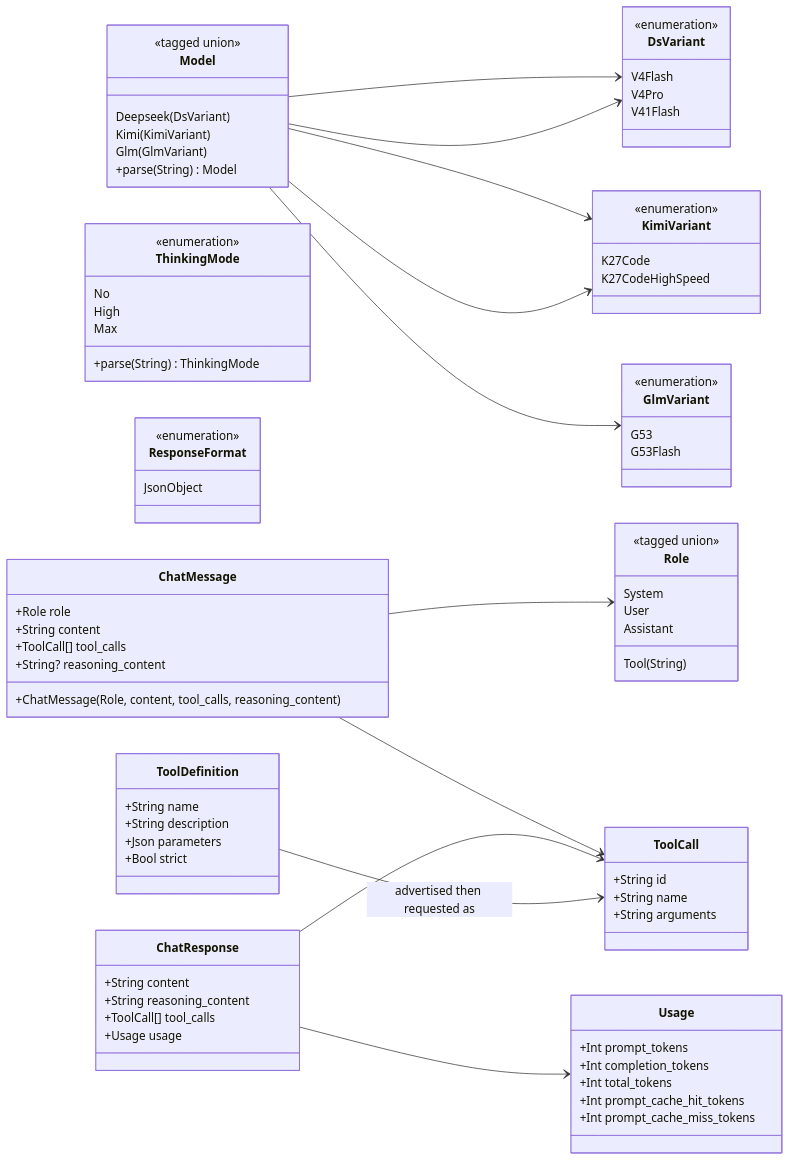
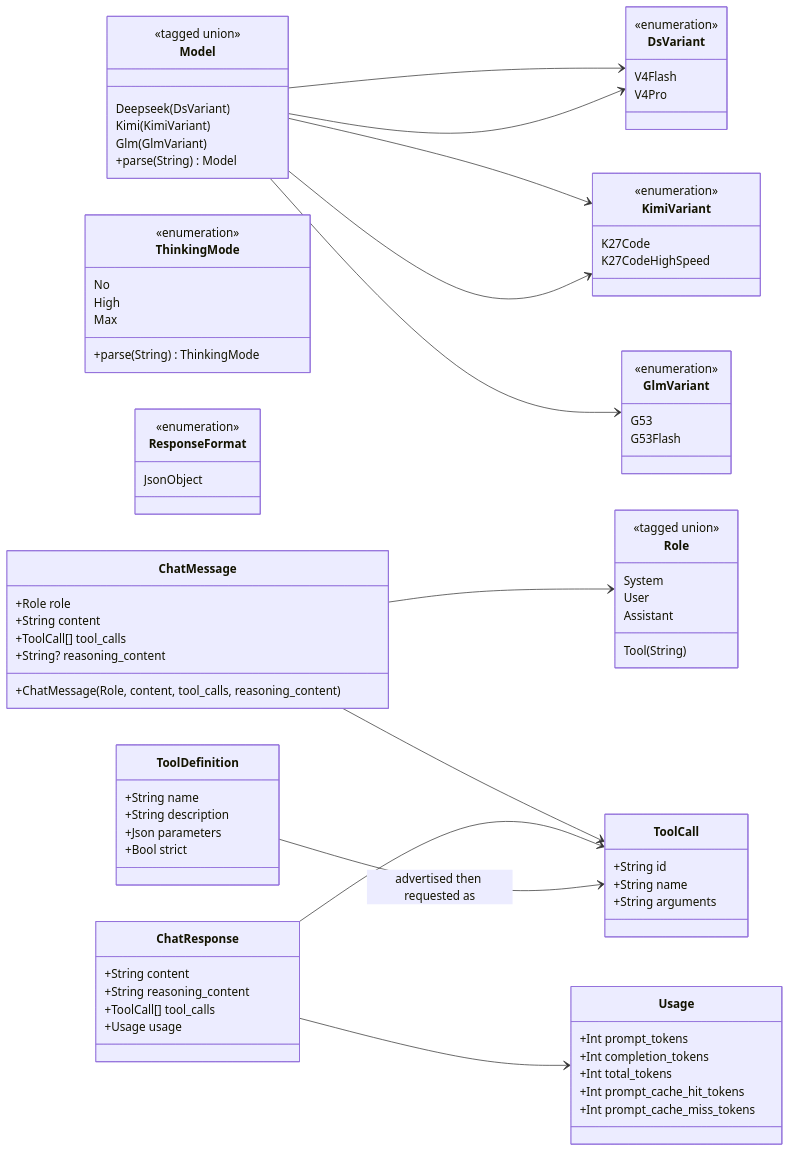
The second of 4 diagrams in deepseek/README.mbt.md (moonbitlang/openseek), drawn with Mermaid before and after one commit. The commit also changed other lines of this file and 24 other files, not shown here.

```diff
--- a/deepseek/README.mbt.md
+++ b/deepseek/README.mbt.md
@@ -81,7 +81,6 @@
     <<enumeration>>
     V4Flash
     V4Pro
-    V41Flash
   }
 
   class KimiVariant {
```
